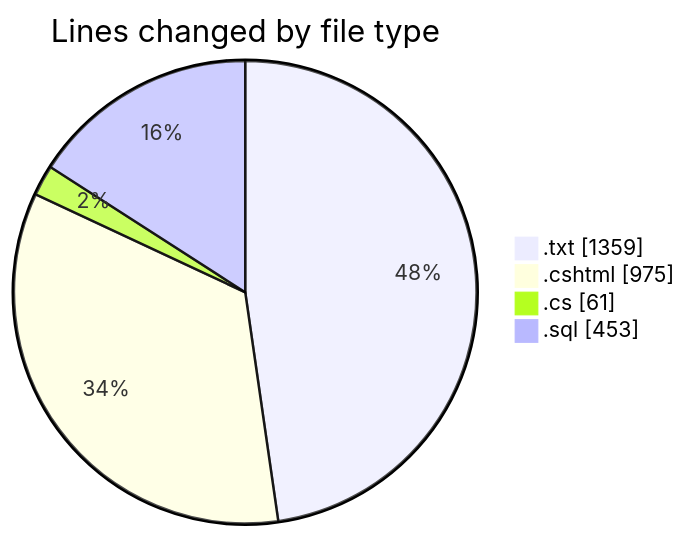
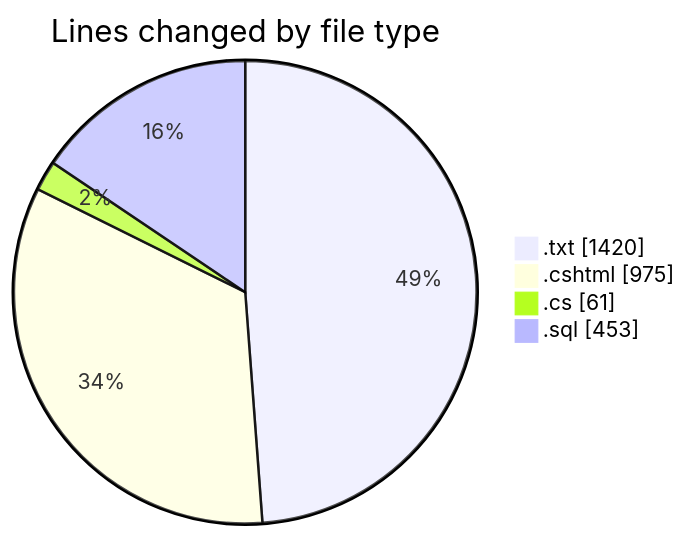
One commit to lephambinh05/code-tracking changed the first of 2 diagrams in 2025-07-25/quanlyrapchieuphim-1/README.md. Above: the diagram before and after it, drawn with Mermaid. The commit also changed other lines of this file and 1 other file, not shown here.

````diff
--- a/2025-07-25/quanlyrapchieuphim-1/README.md
+++ b/2025-07-25/quanlyrapchieuphim-1/README.md
@@ -24,8 +24,8 @@
 ```mermaid
 pie showData
 title Lines changed by file type
-".txt" : 1359
+".txt" : 1420
 ".cshtml" : 975
 ".cs" : 61
 ".sql" : 453
 ```
````
